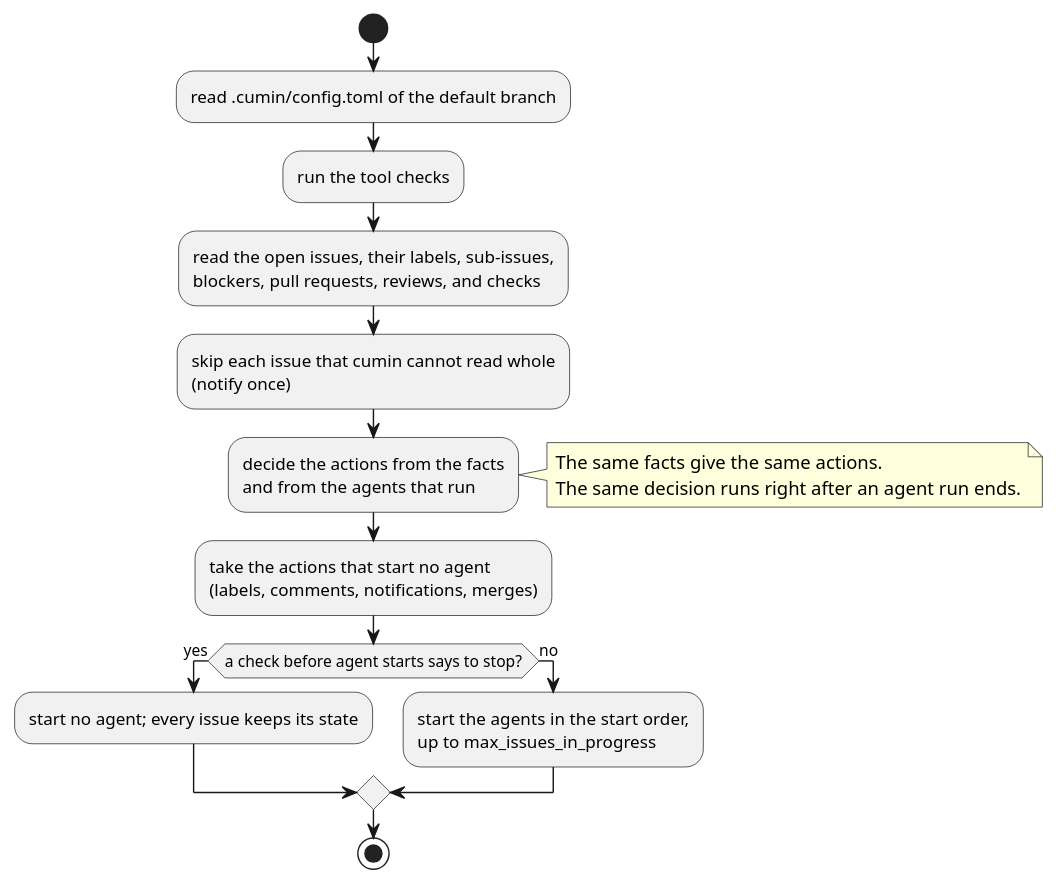
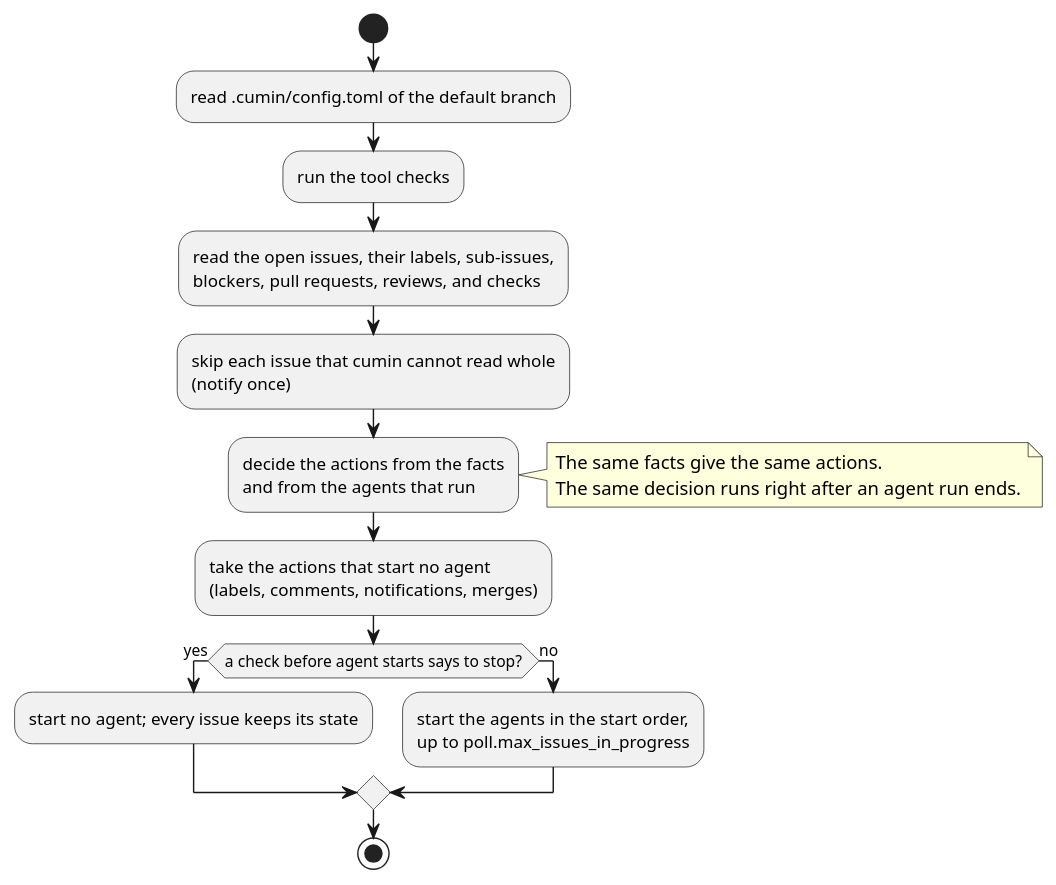
One commit to cloveclovedev/cumin-works changed the diagram in docs/ja/requirements/poll/overview.puml. Above: the diagram before and after it, drawn with PlantUML. The commit also changed 10 other files, not shown here.

```diff
--- a/docs/ja/requirements/poll/overview.puml
+++ b/docs/ja/requirements/poll/overview.puml
@@ -1,23 +1,23 @@
 @startuml overview
 ' cumin-works - one poll of one target repository.
 ' Render: run scripts/render-diagrams.sh at the root of the repository.
 
 start
 :read .cumin/config.toml of the default branch;
 :run the tool checks;
 :read the open issues, their labels, sub-issues,\nblockers, pull requests, reviews, and checks;
 :skip each issue that cumin cannot read whole\n(notify once);
 :decide the actions from the facts\nand from the agents that run;
 note right
   The same facts give the same actions.
   The same decision runs right after an agent run ends.
 end note
 :take the actions that start no agent\n(labels, comments, notifications, merges);
 if (a check before agent starts says to stop?) then (yes)
   :start no agent; every issue keeps its state;
 else (no)
-  :start the agents in the start order,\nup to max_issues_in_progress;
+  :start the agents in the start order,\nup to poll.max_issues_in_progress;
 endif
 stop
 
 @enduml
```
